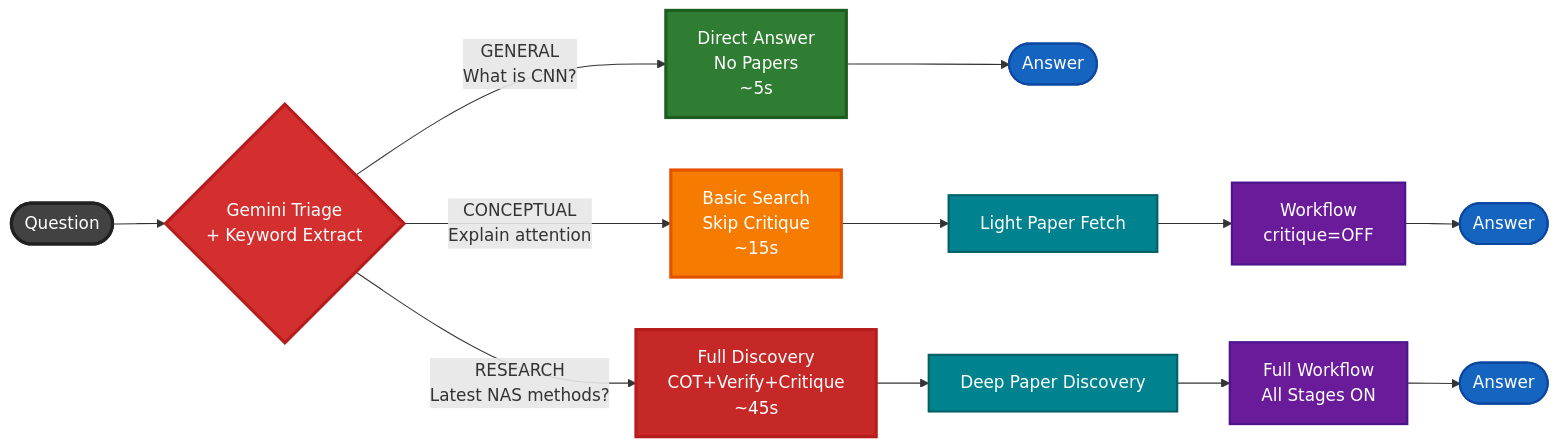
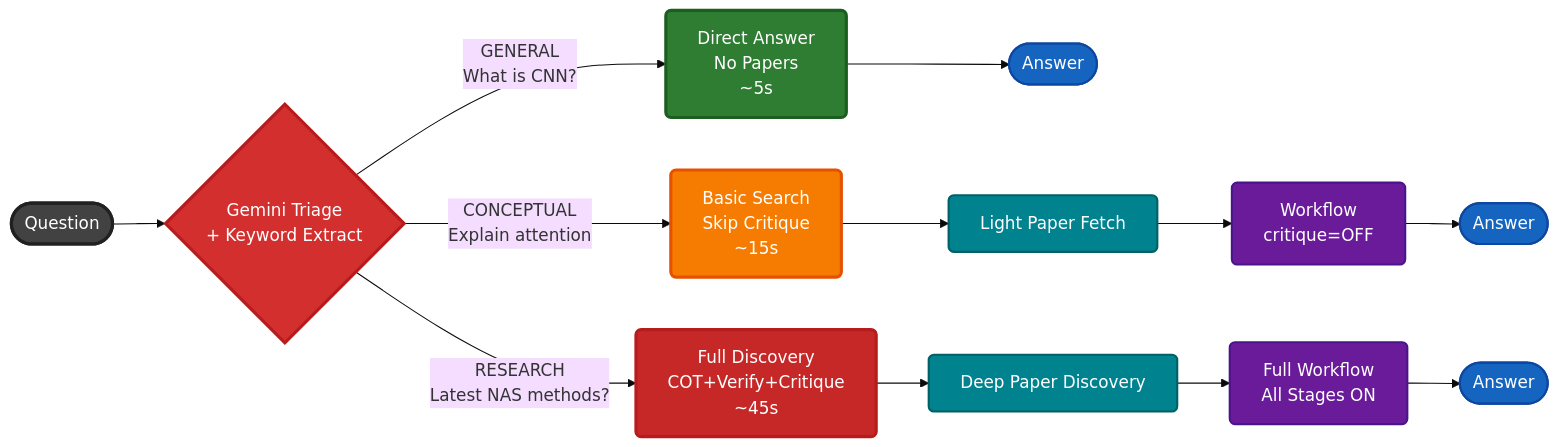
Before and after one commit to invaderinvalid/RAG: the seventh of 8 diagrams in README.md, drawn with Mermaid. The commit also changed other lines of this file, not shown here.

````diff
--- a/README.md
+++ b/README.md
@@ -573,30 +568,31 @@
 ```mermaid
+%%{init: {'theme':'base','themeVariables':{'fontFamily':'sans-serif'}}}%%
 flowchart LR
     Q([Question]) --> Classify{Gemini Triage<br/>+ Keyword Extract}
     
     Classify -->|GENERAL<br/>What is CNN?| Direct[Direct Answer<br/>No Papers<br/>~5s]
     Classify -->|CONCEPTUAL<br/>Explain attention| Minimal[Basic Search<br/>Skip Critique<br/>~15s]
     Classify -->|RESEARCH<br/>Latest NAS methods?| Full[Full Discovery<br/>COT+Verify+Critique<br/>~45s]
     
     Direct --> Answer1([Answer])
     Minimal --> Papers1[Light Paper Fetch]
     Papers1 --> Workflow1[Workflow<br/>critique=OFF]
     Workflow1 --> Answer2([Answer])
     
     Full --> Papers2[Deep Paper Discovery]
     Papers2 --> Workflow2[Full Workflow<br/>All Stages ON]
     Workflow2 --> Answer3([Answer])
     
-    style Q fill:#424242,stroke:#212121,stroke-width:3px,color:#fff
-    style Classify fill:#d32f2f,stroke:#b71c1c,stroke-width:3px,color:#fff
-    style Direct fill:#2e7d32,stroke:#1b5e20,stroke-width:3px,color:#fff
-    style Minimal fill:#f57c00,stroke:#e65100,stroke-width:3px,color:#fff
-    style Full fill:#c62828,stroke:#b71c1c,stroke-width:3px,color:#fff
-    style Answer1 fill:#1565c0,stroke:#0d47a1,stroke-width:2px,color:#fff
-    style Answer2 fill:#1565c0,stroke:#0d47a1,stroke-width:2px,color:#fff
-    style Answer3 fill:#1565c0,stroke:#0d47a1,stroke-width:2px,color:#fff
-    style Papers1 fill:#00838f,stroke:#006064,stroke-width:2px,color:#fff
-    style Papers2 fill:#00838f,stroke:#006064,stroke-width:2px,color:#fff
-    style Workflow1 fill:#6a1b9a,stroke:#4a148c,stroke-width:2px,color:#fff
-    style Workflow2 fill:#6a1b9a,stroke:#4a148c,stroke-width:2px,color:#fff
+    style Q fill:#424242,stroke:#212121,stroke-width:3px,color:#fff,rx:10,ry:10
+    style Classify fill:#d32f2f,stroke:#b71c1c,stroke-width:3px,color:#fff,rx:5,ry:5
+    style Direct fill:#2e7d32,stroke:#1b5e20,stroke-width:3px,color:#fff,rx:5,ry:5
+    style Minimal fill:#f57c00,stroke:#e65100,stroke-width:3px,color:#fff,rx:5,ry:5
+    style Full fill:#c62828,stroke:#b71c1c,stroke-width:3px,color:#fff,rx:5,ry:5
+    style Answer1 fill:#1565c0,stroke:#0d47a1,stroke-width:2px,color:#fff,rx:10,ry:10
+    style Answer2 fill:#1565c0,stroke:#0d47a1,stroke-width:2px,color:#fff,rx:10,ry:10
+    style Answer3 fill:#1565c0,stroke:#0d47a1,stroke-width:2px,color:#fff,rx:10,ry:10
+    style Papers1 fill:#00838f,stroke:#006064,stroke-width:2px,color:#fff,rx:5,ry:5
+    style Papers2 fill:#00838f,stroke:#006064,stroke-width:2px,color:#fff,rx:5,ry:5
+    style Workflow1 fill:#6a1b9a,stroke:#4a148c,stroke-width:2px,color:#fff,rx:5,ry:5
+    style Workflow2 fill:#6a1b9a,stroke:#4a148c,stroke-width:2px,color:#fff,rx:5,ry:5
 ```
````
